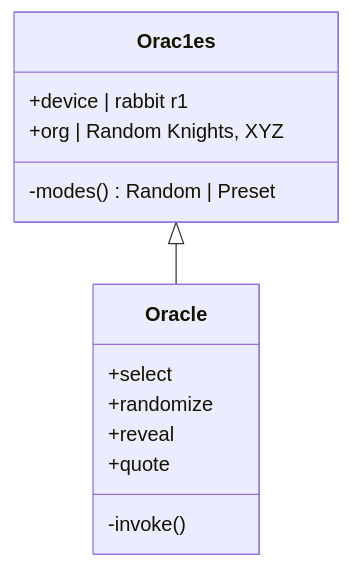
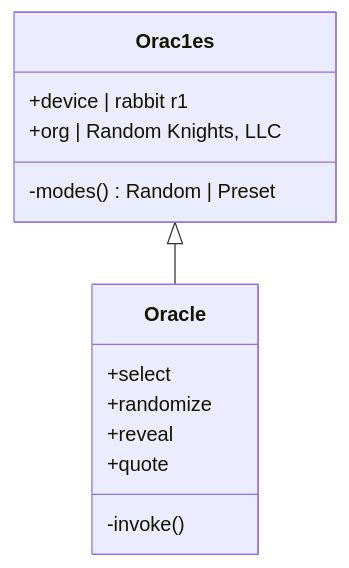
One commit to random-knights/r1-01 changed the second of 2 diagrams in README.md. Above: the diagram before and after it, drawn with Mermaid. The commit also changed other lines of this file, not shown here.

Commit message:
Update README.md (#15)

````diff
--- a/README.md
+++ b/README.md
@@ -120,14 +120,14 @@
 ```mermaid
 classDiagram
     Orac1es <|-- Oracle
     Orac1es : +device | rabbit r1
-    Orac1es : +org | Random Knights, XYZ
+    Orac1es : +org | Random Knights, LLC
     Orac1es : -modes() Random | Preset
     class Oracle{
       +select
       +randomize
       +reveal
       +quote
       -invoke()
     }
 ```
````
